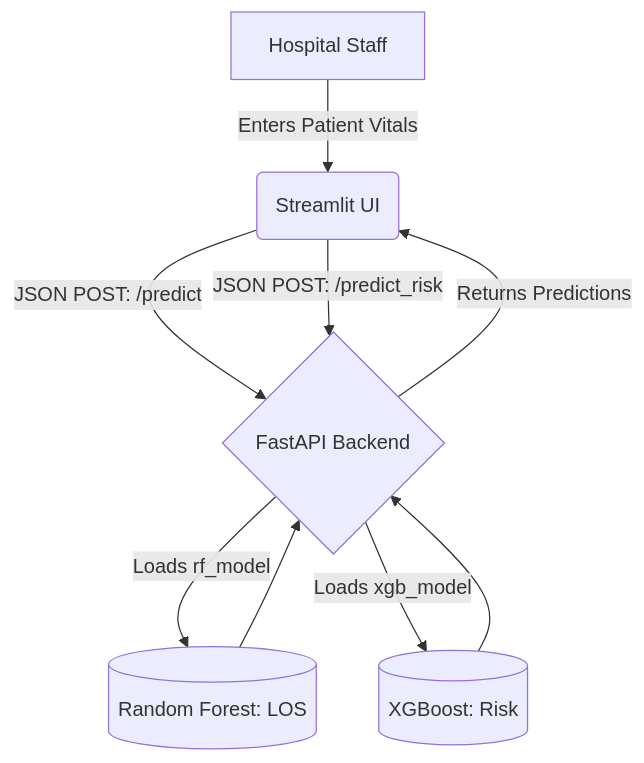
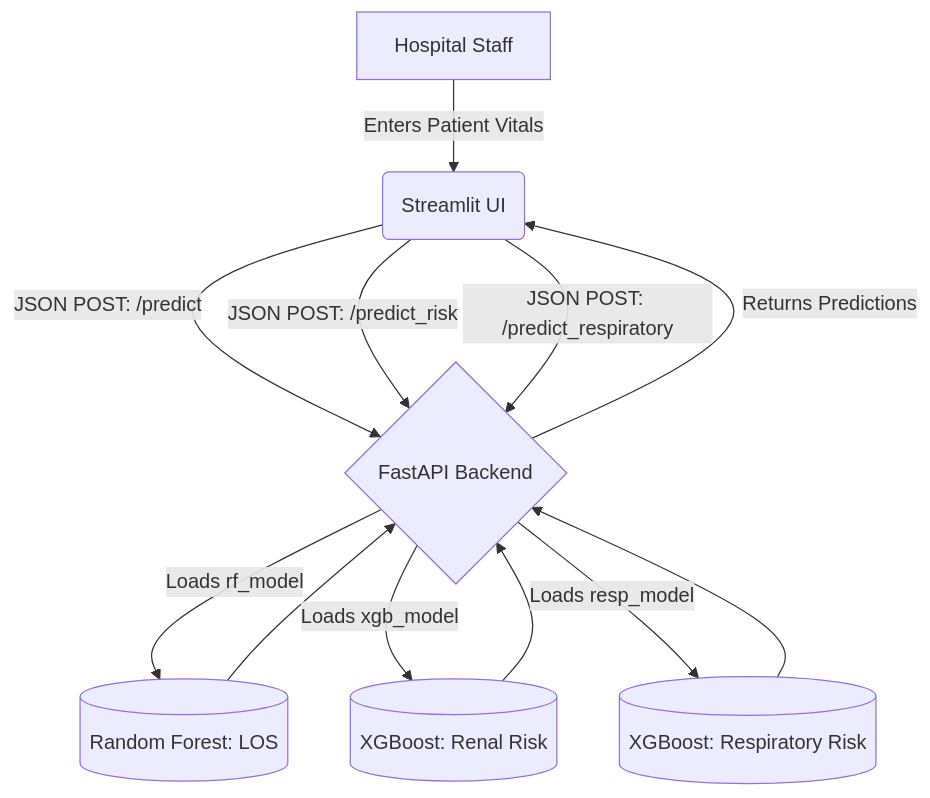
Before and after one commit to JahnaviPenmethsa/healthcare_LOS_predictor: the diagram in README.md, drawn with Mermaid. The commit also changed other lines of this file, not shown here.

````diff
--- a/README.md
+++ b/README.md
@@ -7,11 +7,14 @@
 ```mermaid
 graph TD
     A[Hospital Staff] -->|Enters Patient Vitals| B(Streamlit UI)
     B -->|JSON POST: /predict| C{FastAPI Backend}
     B -->|JSON POST: /predict_risk| C
+    B -->|JSON POST: /predict_respiratory| C
     C -->|Loads rf_model| D[(Random Forest: LOS)]
-    C -->|Loads xgb_model| E[(XGBoost: Risk)]
+    C -->|Loads xgb_model| E[(XGBoost: Renal Risk)]
+    C -->|Loads resp_model| F[(XGBoost: Respiratory Risk)]
     D --> C
     E --> C
+    F --> C
     C -->|Returns Predictions| B
 ```
````
